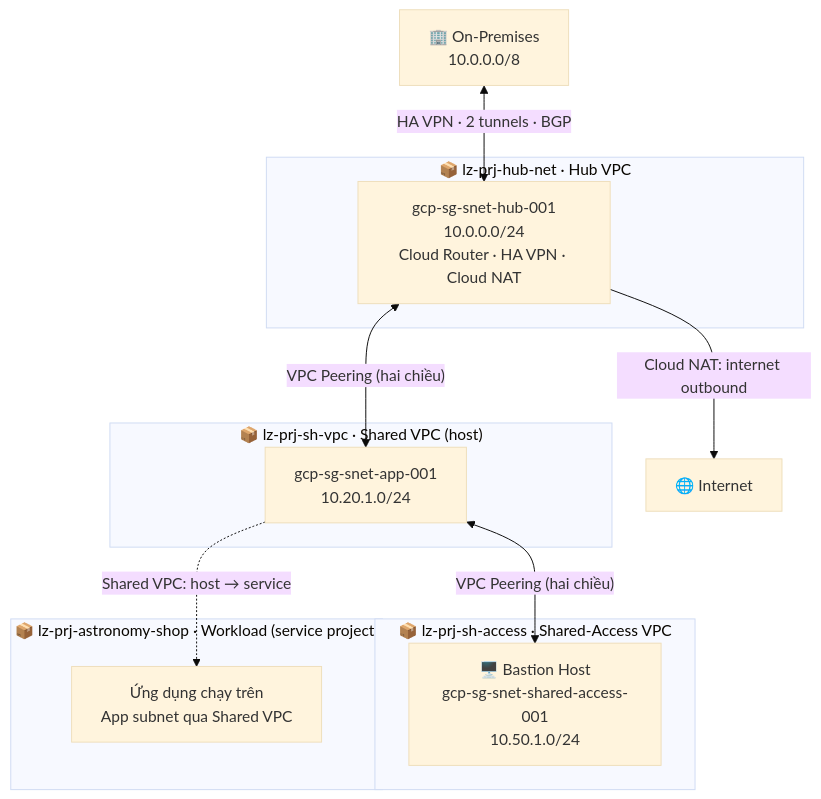
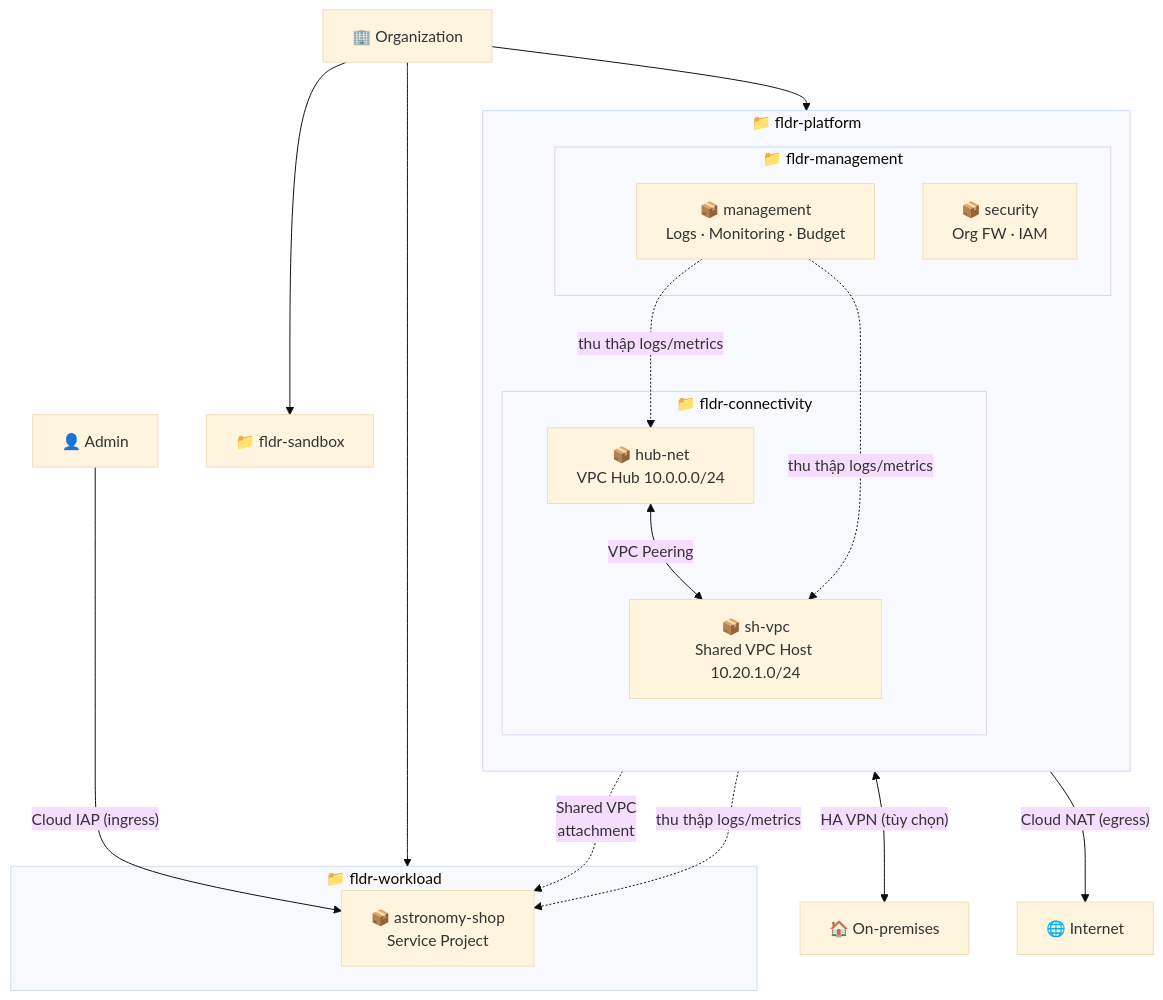
The first of 2 diagrams in README.md (sontxdev04/Landing-Zone-GCP), drawn with Mermaid (base theme) before and after one commit. The commit also changed other lines of this file and 4 other files, not shown here.

````diff
--- a/README.md
+++ b/README.md
@@ -90,26 +99,36 @@
 ```mermaid
-flowchart TB
-    OP["🏢 On-Premises<br/>10.0.0.0/8"]
+flowchart TD
+    ORG["🏢 Organization"]
 
-    subgraph HUB["📦 lz-prj-hub-net · Hub VPC"]
-        H["gcp-sg-snet-hub-001<br/>10.0.0.0/24<br/>Cloud Router · HA VPN · Cloud NAT"]
+    subgraph PLATFORM["📁 fldr-platform"]
+        direction TB
+        subgraph CONN_F["📁 fldr-connectivity"]
+            HUB["📦 hub-net<br/>VPC Hub 10.0.0.0/24"]
+            SHVPC["📦 sh-vpc<br/>Shared VPC Host 10.20.1.0/24"]
+        end
+        subgraph MGMT_F["📁 fldr-management"]
+            MGMT["📦 management<br/>Logs · Monitoring · Budget"]
+            SEC["📦 security<br/>Org FW · IAM"]
+        end
     end
 
-    subgraph SHARED["📦 lz-prj-sh-vpc · Shared VPC (host)"]
-        S["gcp-sg-snet-app-001<br/>10.20.1.0/24"]
+    subgraph WORKLOAD_F["📁 fldr-workload"]
+        ASTRO["📦 astronomy-shop<br/>Service Project"]
     end
 
-    subgraph ACCESS["📦 lz-prj-sh-access · Shared-Access VPC"]
-        B["🖥️ Bastion Host<br/>gcp-sg-snet-shared-access-001<br/>10.50.1.0/24"]
-    end
+    SANDBOX["📁 fldr-sandbox"]
 
-    subgraph WL["📦 lz-prj-astronomy-shop · Workload (service project)"]
-        W["Ứng dụng chạy trên<br/>App subnet qua Shared VPC"]
-    end
+    ORG --> PLATFORM
+    ORG --> WORKLOAD_F
+    ORG --> SANDBOX
 
-    OP <-->|"HA VPN · 2 tunnels · BGP"| H
-    H <-->|"VPC Peering (hai chiều)"| S
-    S <-->|"VPC Peering (hai chiều)"| B
-    S -.->|"Shared VPC: host → service"| W
-    H -->|"Cloud NAT: internet outbound"| INET["🌐 Internet"]
+    HUB <-->|"VPC Peering"| SHVPC
+    SHVPC -.->|"Shared VPC<br/>attachment"| ASTRO
+    HUB <-->|"HA VPN (tùy chọn)"| ONPREM["🏠 On-premises"]
+    SHVPC -->|"Cloud NAT (egress)"| INTERNET["🌐 Internet"]
+    ADMIN["👤 Admin"] -->|"Cloud IAP (ingress)"| ASTRO
+
+    MGMT -. "thu thập logs/metrics" .-> HUB
+    MGMT -. "thu thập logs/metrics" .-> SHVPC
+    MGMT -. "thu thập logs/metrics" .-> ASTRO
 ```
````
